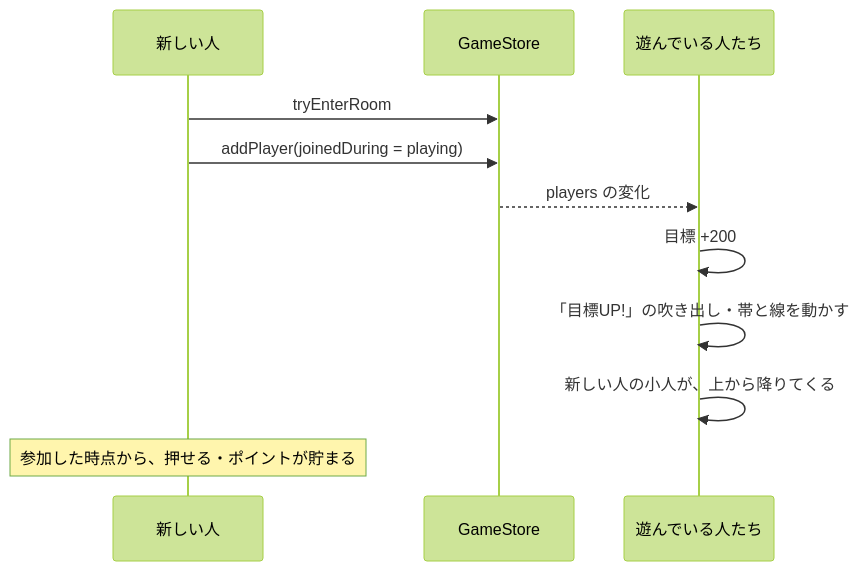
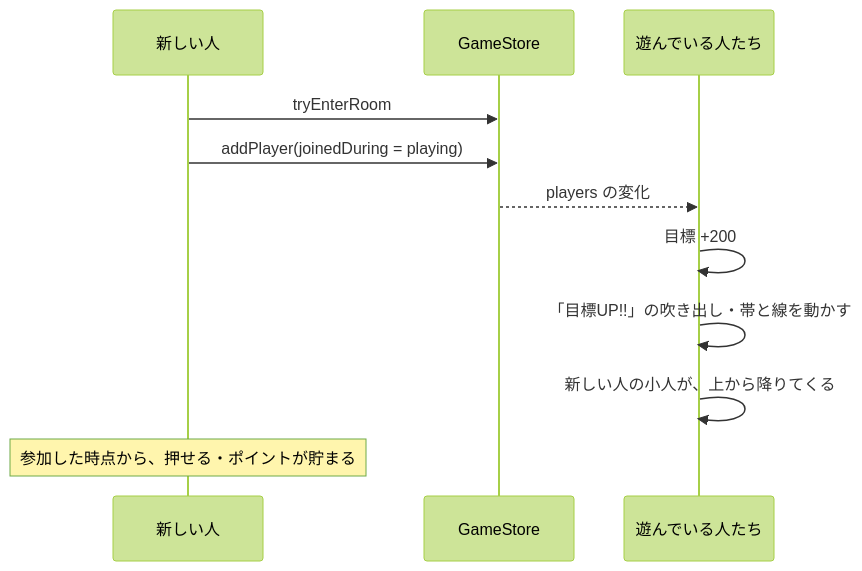
One commit to nogawa-asase/Number-Together changed the fourth of 6 diagrams in docs/functional-design.md. Above: the diagram before and after it, drawn with Mermaid (forest theme). The commit also changed other lines of this file and 40 other files, not shown here.

````diff
--- a/docs/functional-design.md
+++ b/docs/functional-design.md
@@ -1078,14 +1087,14 @@
 ```mermaid
 sequenceDiagram
     participant New as 新しい人
     participant Store as GameStore
     participant Other as 遊んでいる人たち
 
     New->>Store: tryEnterRoom
     New->>Store: addPlayer(joinedDuring = playing)
     Store-->>Other: players の変化
     Other->>Other: 目標 +200
-    Other->>Other: 「目標UP!」の吹き出し・帯と線を動かす
+    Other->>Other: 「目標UP!!」の吹き出し・帯と線を動かす
     Other->>Other: 新しい人の小人が、上から降りてくる
     Note over New: 参加した時点から、押せる・ポイントが貯まる
 ```
````
